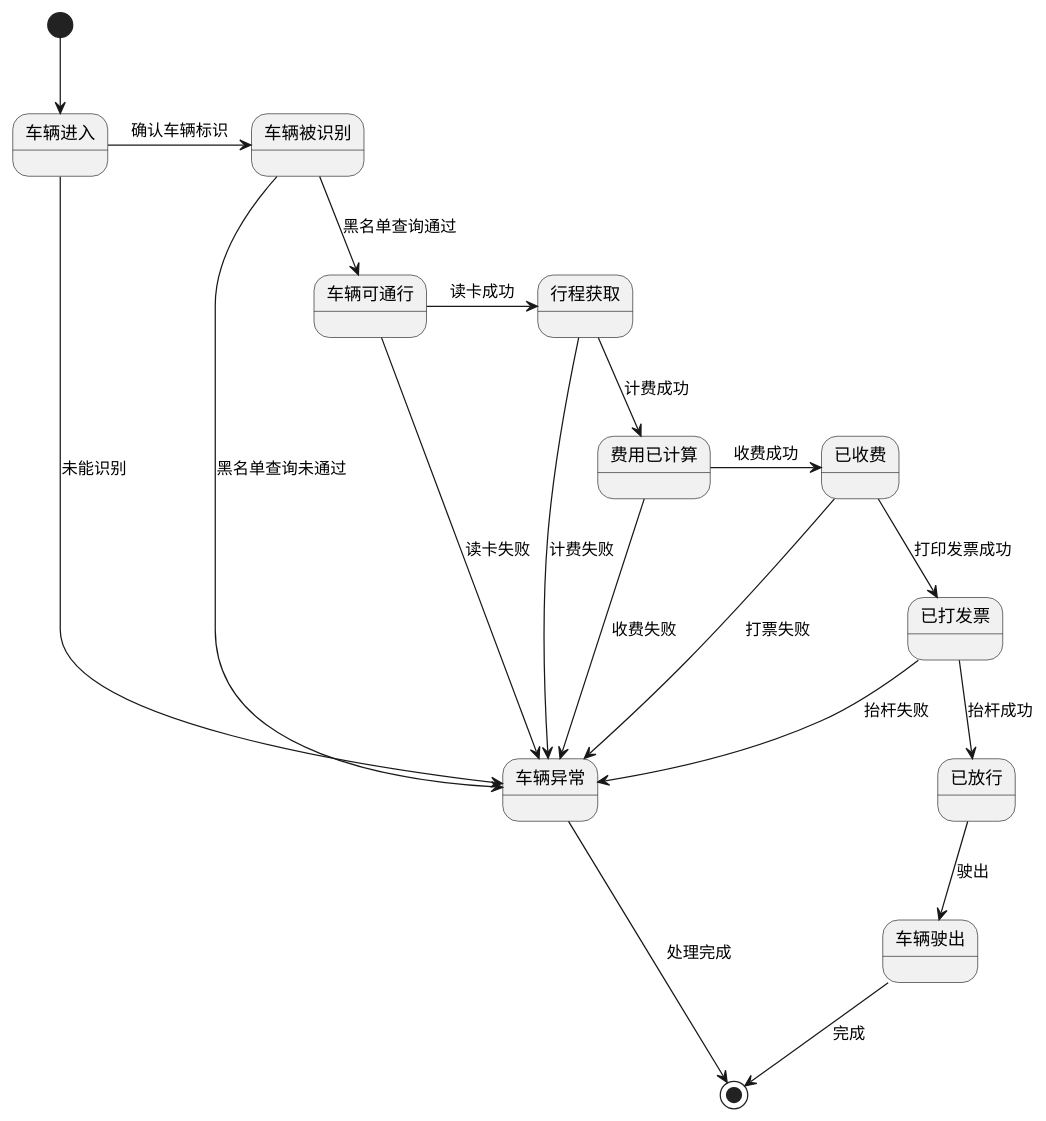
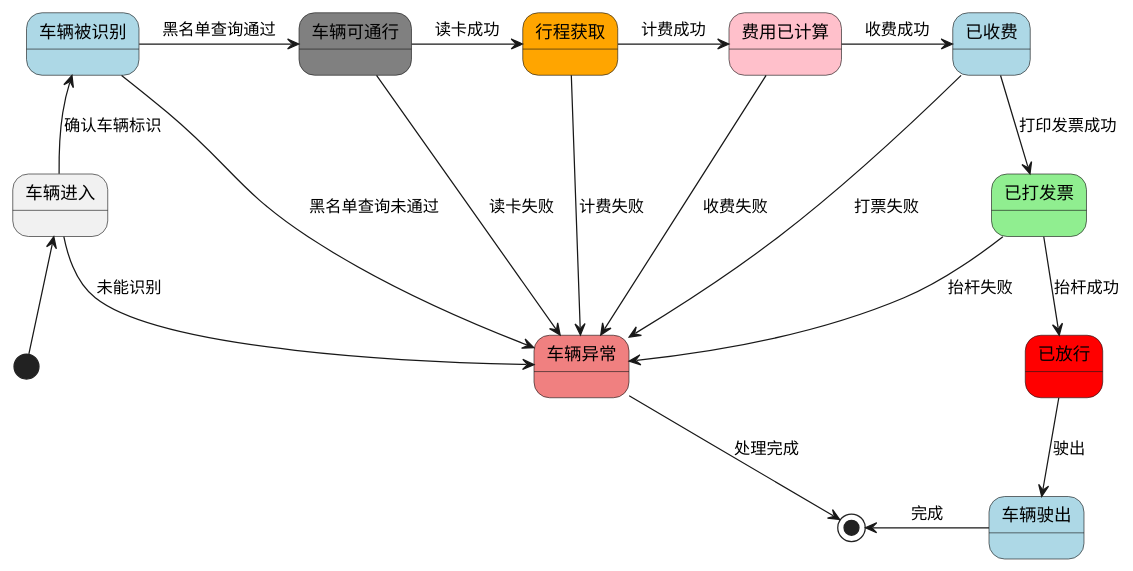
The diagram in plantuml/mtc-statemachine.puml (caochun/tollgate), drawn with PlantUML before and after one commit.

Commit message:
update sm

```diff
--- a/plantuml/mtc-statemachine.puml
+++ b/plantuml/mtc-statemachine.puml
@@ -1,30 +1,40 @@
 @startuml mtc-model
 
-[*] --> 车辆进入
-车辆进入 -> 车辆被识别 : 确认车辆标识
+state 行程获取 #Orange
+state 车辆可通行 #Grey
+state 车辆被识别 #LightBlue
+state 费用已计算 #Pink
+state 已收费 #LightBlue
+state 已打发票 #lightGreen
+state 已放行 #red
+state 车辆驶出 #LightBlue
+state 车辆异常 #LightCoral
 
-车辆被识别 --> 车辆可通行 : 黑名单查询通过
+[*] -up-> 车辆进入
+车辆进入 -up-> 车辆被识别 : 确认车辆标识
+
+车辆被识别 -right-> 车辆可通行 : 黑名单查询通过
 车辆被识别 -down-> 车辆异常 : 黑名单查询未通过
 
 车辆可通行 -> 行程获取 : 读卡成功
 
-行程获取 -->  费用已计算 : 计费成功
-费用已计算 ->  已收费 : 收费成功
-已收费 -down->  已打发票 : 打印发票成功
+行程获取 -right->  费用已计算 : 计费成功
+费用已计算 -right->  已收费 : 收费成功
+已收费 -->  已打发票 : 打印发票成功
 
 已打发票 -down->  已放行 : 抬杆成功
 
 已放行 -down-> 车辆驶出 : 驶出
 
 车辆进入 -down-> 车辆异常 : 未能识别
 车辆可通行 -down-> 车辆异常 : 读卡失败
 行程获取 -down-> 车辆异常 : 计费失败
 费用已计算 -down-> 车辆异常 : 收费失败
 已收费 -down-> 车辆异常 : 打票失败
 已打发票 -down-> 车辆异常 : 抬杆失败
 
 车辆异常 --> [*] : 处理完成
-车辆驶出 --> [*] : 完成
+车辆驶出 -left-> [*] : 完成
 
 
 @enduml
```
